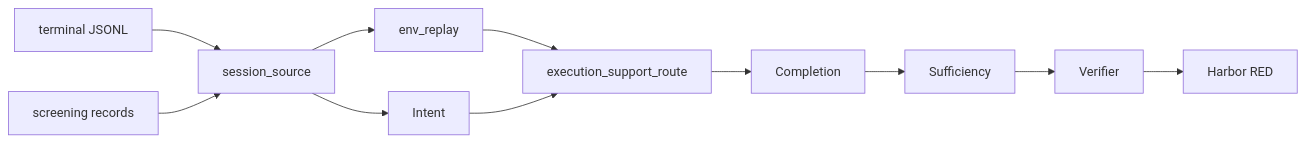
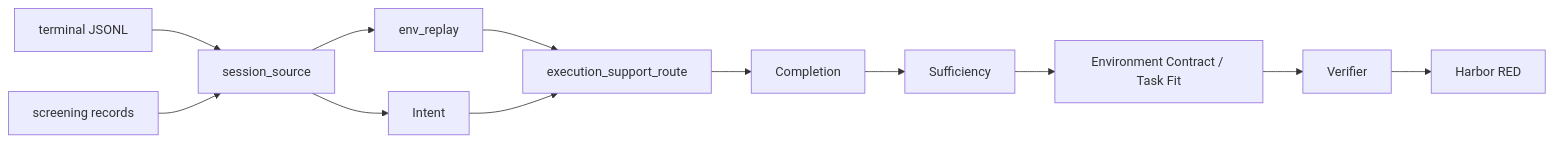
The diagram in docs/rebuild-live-map.md (botwu/Reconstruction), drawn with Mermaid before and after one commit. The commit also changed other lines of this file and 27 other files, not shown here.

````diff
--- a/docs/rebuild-live-map.md
+++ b/docs/rebuild-live-map.md
@@ -39,23 +47,24 @@
 ```mermaid
 flowchart LR
   jsonl[terminal JSONL]
   records[screening records]
   source[session_source]
   replay[env_replay]
   intent[Intent]
   route[execution_support_route]
   completion[Completion]
   suff[Sufficiency]
   ver[Verifier]
   harbor[Harbor RED]
   jsonl --> source
   records --> source
   source --> replay
   source --> intent
   replay --> route
   intent --> route
   route --> completion
   completion --> suff
-  suff --> ver
+  suff --> fit[Environment Contract / Task Fit]
+  fit --> ver
   ver --> harbor
 ```
````
